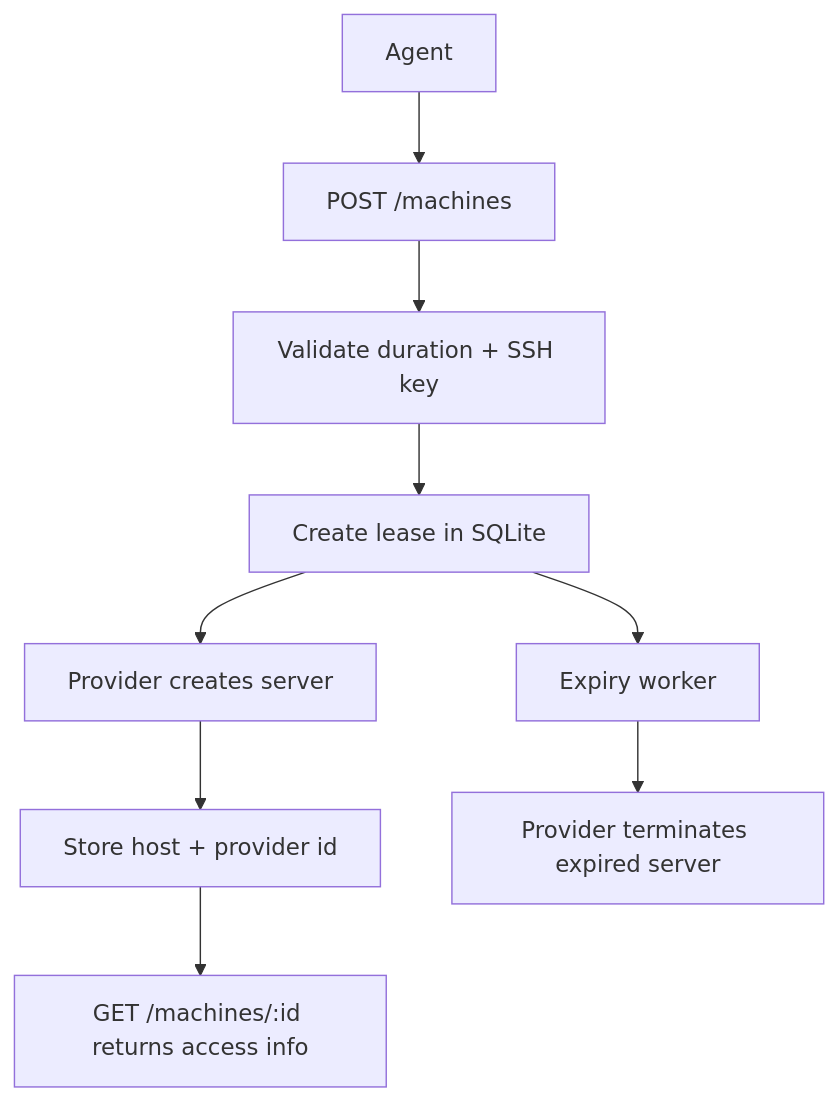
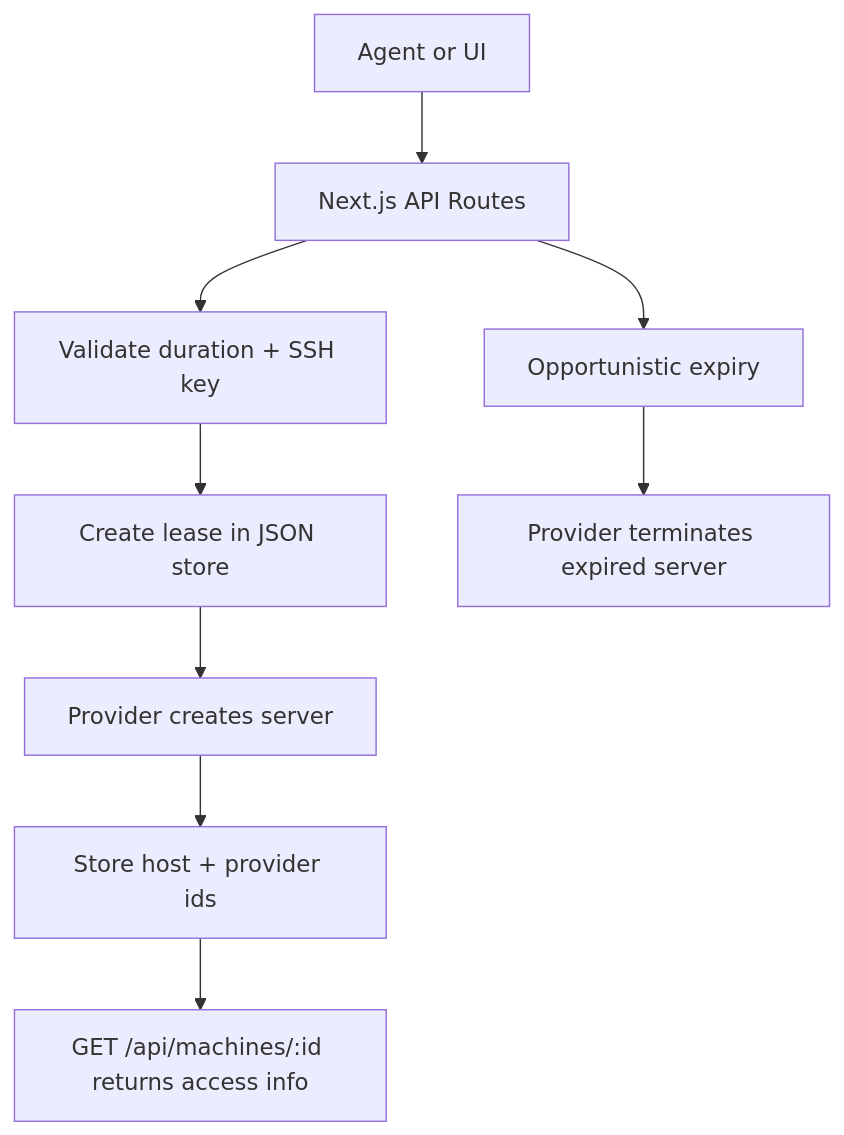
Before and after one commit to stepandel/compute-store: the diagram in README.md, drawn with Mermaid. The commit also changed other lines of this file and 17 other files, not shown here.

````diff
--- a/README.md
+++ b/README.md
@@ -80,11 +86,11 @@
 ```mermaid
 flowchart TD
-  A["Agent"] --> B["POST /machines"]
+  A["Agent or UI"] --> B["Next.js API Routes"]
   B --> C["Validate duration + SSH key"]
-  C --> D["Create lease in SQLite"]
+  C --> D["Create lease in JSON store"]
   D --> E["Provider creates server"]
-  E --> F["Store host + provider id"]
-  F --> G["GET /machines/:id returns access info"]
-  D --> H["Expiry worker"]
+  E --> F["Store host + provider ids"]
+  F --> G["GET /api/machines/:id returns access info"]
+  B --> H["Opportunistic expiry"]
   H --> I["Provider terminates expired server"]
 ```
````
